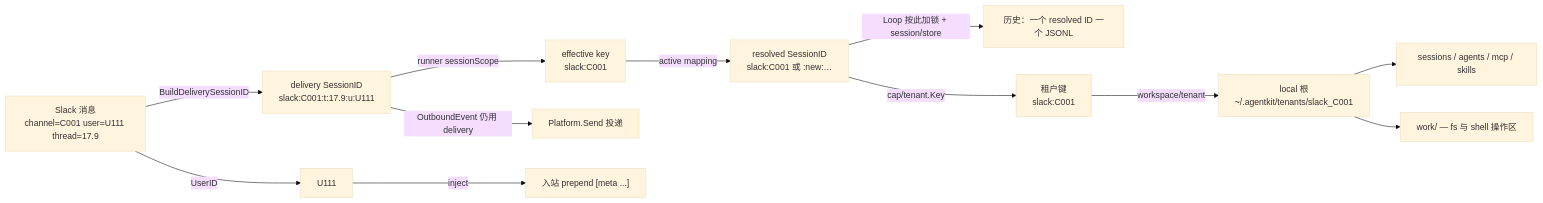
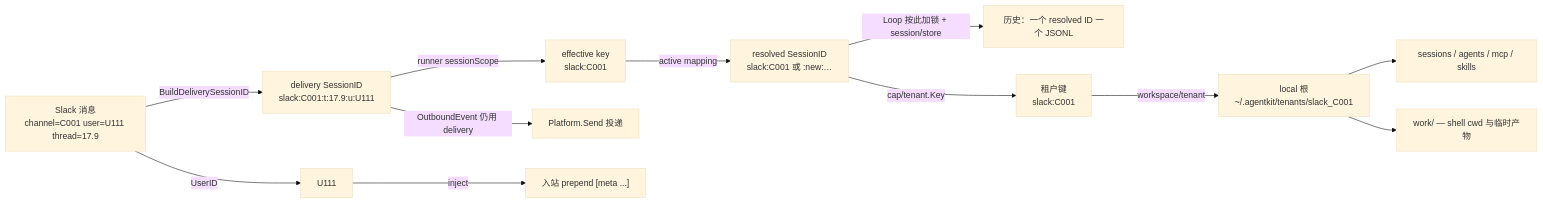
The diagram in docs/guides/multi-tenant.zh.md (lengzhao/agentkit), drawn with Mermaid (base theme) before and after one commit. The commit also changed other lines of this file and 49 other files, not shown here.

````diff
--- a/docs/guides/multi-tenant.zh.md
+++ b/docs/guides/multi-tenant.zh.md
@@ -13,15 +13,15 @@
 ```mermaid
 flowchart LR
   Msg["Slack 消息<br/>channel=C001 user=U111 thread=17.9"]
   Msg -->|BuildDeliverySessionID| D["delivery SessionID<br/>slack:C001:t:17.9:u:U111"]
   D -->|runner sessionScope| E["effective key<br/>slack:C001"]
   E -->|active mapping| S["resolved SessionID<br/>slack:C001 或 :new:…"]
   Msg -->|UserID| UID["U111"]
   S -->|"Loop 按此加锁 + session/store"| Hist["历史：一个 resolved ID 一个 JSONL"]
   UID -->|inject| Attr["入站 prepend [meta ...]"]
   S -->|"cap/tenant.Key"| TK["租户键<br/>slack:C001"]
   TK -->|workspace/tenant| Root["local 根<br/>~/.agentkit/tenants/slack_C001"]
   Root --> Runtime["sessions / agents / mcp / skills"]
-  Root --> Work["work/ — fs 与 shell 操作区"]
+  Root --> Work["work/ — shell cwd 与临时产物"]
   D -->|"OutboundEvent 仍用 delivery"| Reply["Platform.Send 投递"]
 ```
````
